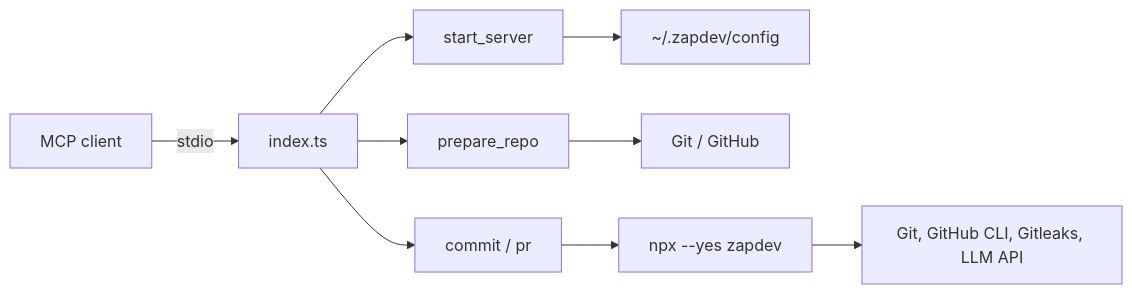
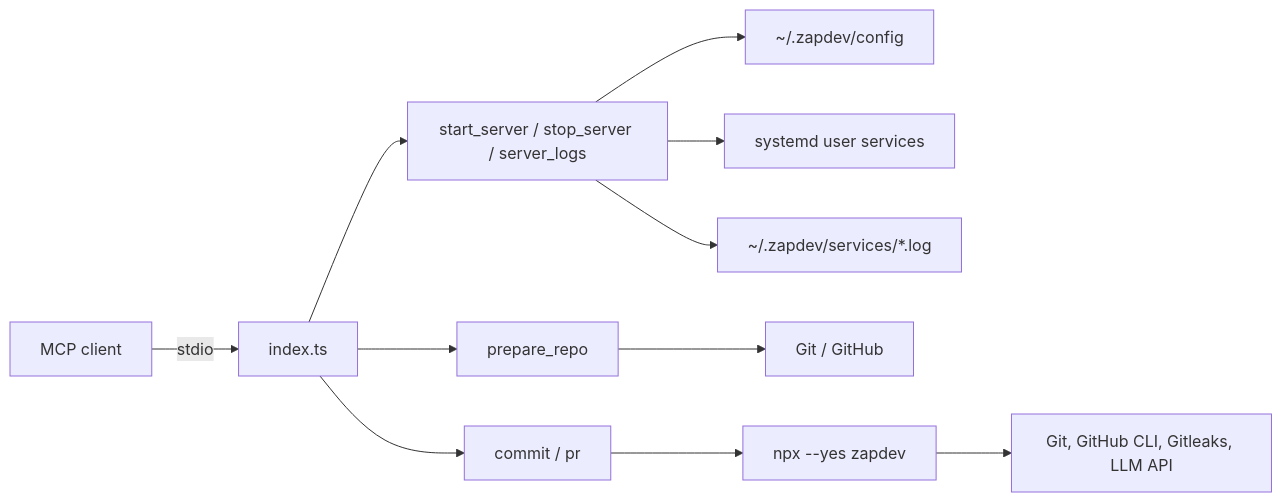
Before and after one commit to mvagnon/zapdev-mcp: the diagram in README.md, drawn with Mermaid. The commit also changed other lines of this file and 6 other files, not shown here.

Commit message:
feat(named-services)!: Add named service lifecycle and log retrieval tooling for MCP servers

````diff
--- a/README.md
+++ b/README.md
@@ -22,11 +22,13 @@
 ```mermaid
 flowchart LR
   Client["MCP client"] -->|stdio| Server["index.ts"]
   Server --> Repos["prepare_repo"]
-  Server --> Servers["start_server"]
+  Server --> Servers["start_server / stop_server / server_logs"]
   Servers --> Config["~/.zapdev/config"]
+  Servers --> Systemd["systemd user services"]
+  Servers --> Logs["~/.zapdev/services/*.log"]
   Server --> Commands["commit / pr"]
   Repos --> Git["Git / GitHub"]
   Commands --> CLI["npx --yes zapdev"]
   CLI --> Tools["Git, GitHub CLI, Gitleaks, LLM API"]
 ```
````
